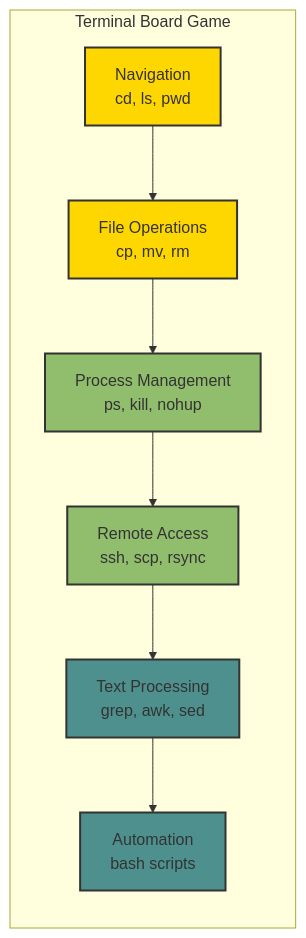
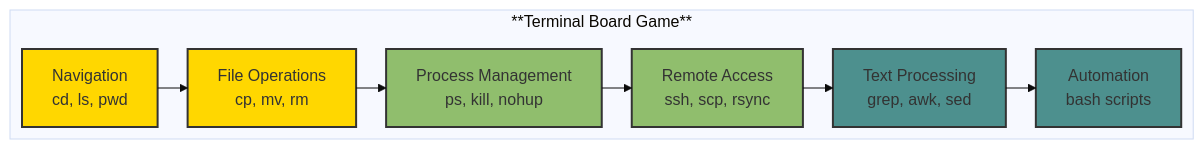
Before and after one commit to Vineet-Sharma-Medium-Stories/Medium-Build-Tool: the second of 3 diagrams in The 2026 AI Metromap/The 2026 AI Metromap: Command Line & Version Control – Navigating the Terminal Like a Conductor.md, drawn with Mermaid. The commit also changed other lines of this file and 37 other files, not shown here.

````diff
--- a/The 2026 AI Metromap/The 2026 AI Metromap: Command Line & Version Control – Navigating the Terminal Like a Conductor.md
+++ b/The 2026 AI Metromap/The 2026 AI Metromap: Command Line & Version Control – Navigating the Terminal Like a Conductor.md
@@ -101,17 +106,22 @@
 ```mermaid
+---
+config:
+  theme: base
+  layout: elk
+---
 graph LR
-    subgraph "Terminal Board Game"
+    subgraph "**Terminal Board Game**"
         A[Navigation<br/>cd, ls, pwd] --> B[File Operations<br/>cp, mv, rm]
         B --> C[Process Management<br/>ps, kill, nohup]
         C --> D[Remote Access<br/>ssh, scp, rsync]
         D --> E[Text Processing<br/>grep, awk, sed]
         E --> F[Automation<br/>bash scripts]
     end
     
     style A fill:#ffd700,stroke:#333,stroke-width:2px
     style B fill:#ffd700,stroke:#333,stroke-width:2px
     style C fill:#90be6d,stroke:#333,stroke-width:2px
     style D fill:#90be6d,stroke:#333,stroke-width:2px
     style E fill:#4d908e,stroke:#333,stroke-width:2px
     style F fill:#4d908e,stroke:#333,stroke-width:2px
 ```
````
